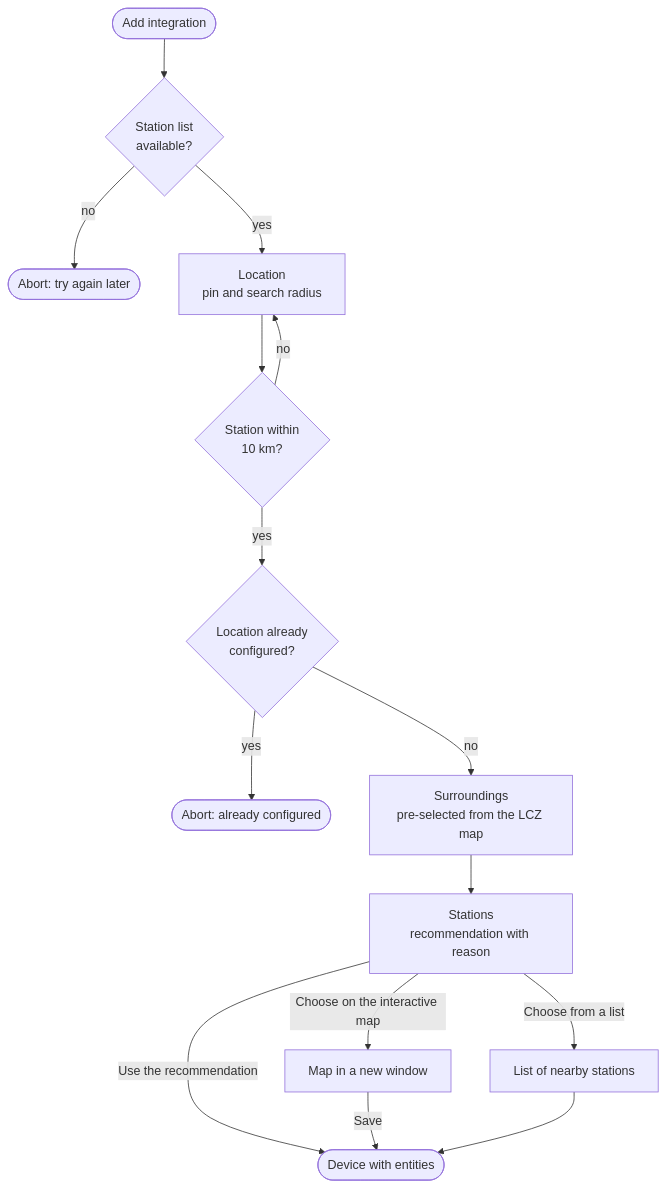
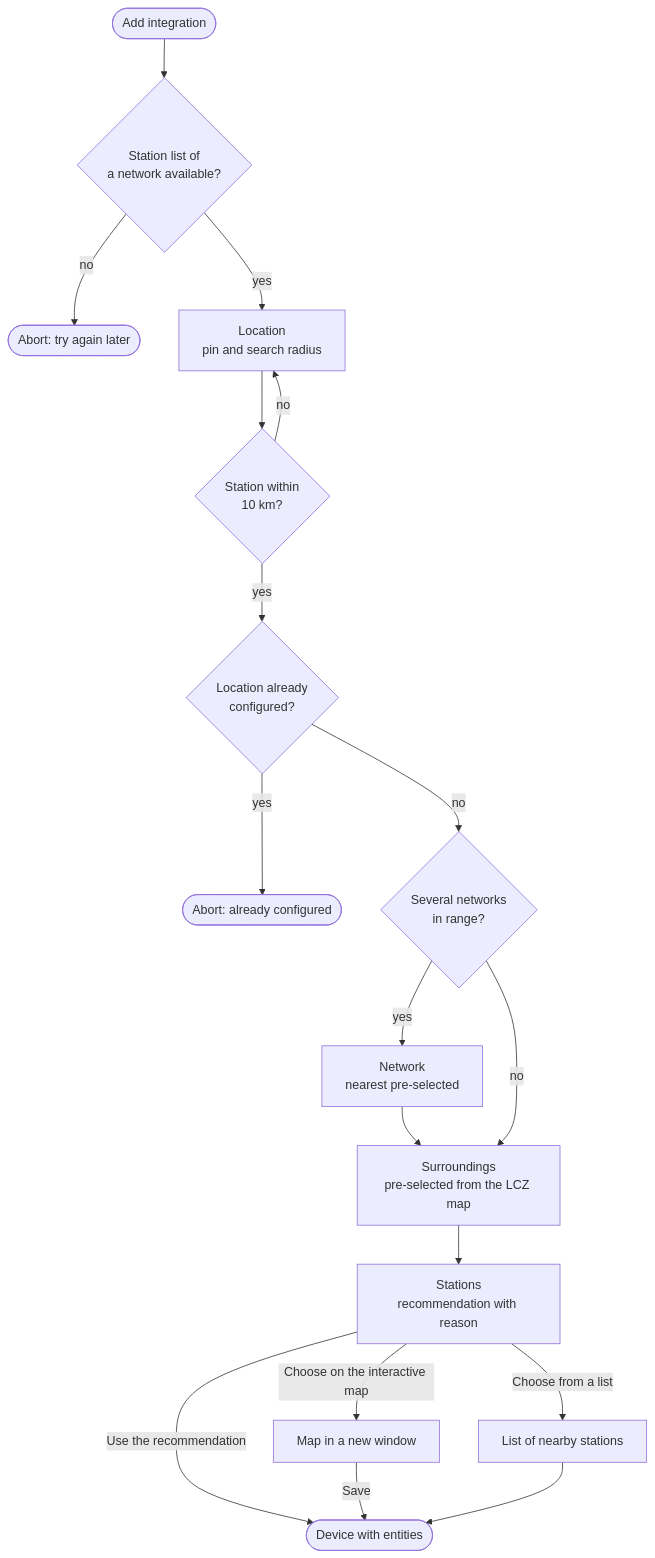
The diagram in docs/en/user/setup.md (CodeBrauer/ha-urban-weather), drawn with Mermaid before and after one commit. The commit also changed other lines of this file and 30 other files, not shown here.

First line of the commit message:
feat: choose the network in the config flow (#78)

````diff
--- a/docs/en/user/setup.md
+++ b/docs/en/user/setup.md
@@ -7,15 +7,17 @@
 ```mermaid
 flowchart TD
-    Start([Add integration]) --> List{Station list<br>available?}
+    Start([Add integration]) --> List{Station list of<br>a network available?}
     List -- no --> Abort1([Abort: try again later])
     List -- yes --> Location[Location<br>pin and search radius]
     Location --> Covered{Station within<br>10 km?}
     Covered -- no --> Location
     Covered -- yes --> Known{Location already<br>configured?}
     Known -- yes --> Abort2([Abort: already configured])
-    Known -- no --> Env[Surroundings<br>pre-selected from the LCZ map]
+    Known -- no --> Several{Several networks<br>in range?}
+    Several -- yes --> Network[Network<br>nearest pre-selected] --> Env
+    Several -- no --> Env[Surroundings<br>pre-selected from the LCZ map]
     Env --> Menu[Stations<br>recommendation with reason]
     Menu -->|Use the recommendation| Done([Device with entities])
     Menu -->|Choose on the interactive map| Map[Map in a new window] -->|Save| Done
     Menu -->|Choose from a list| Form[List of nearby stations] --> Done
 ```
````
